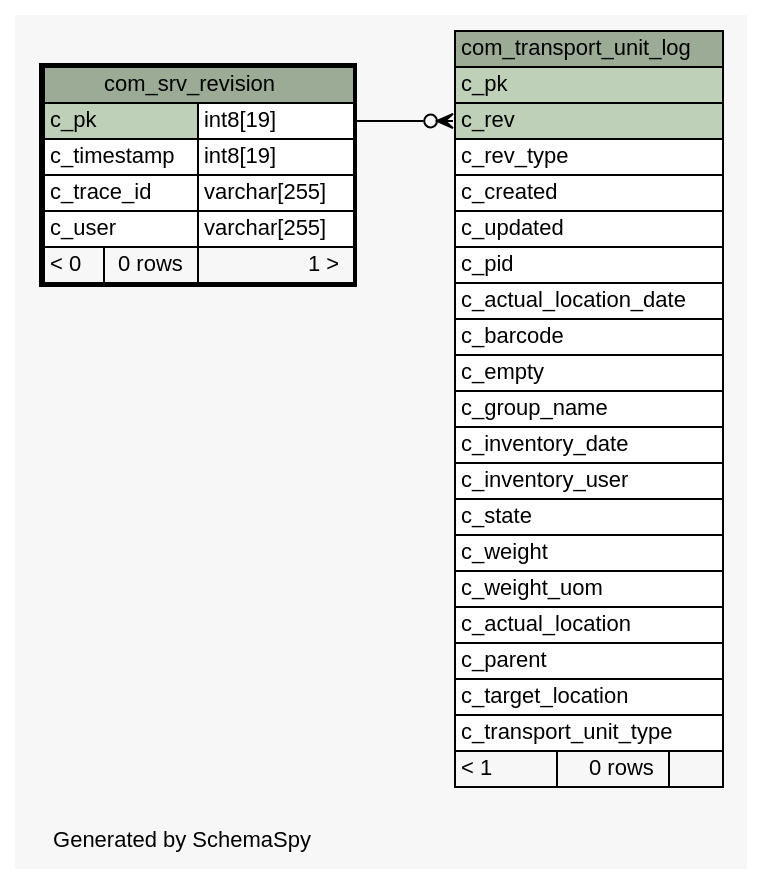
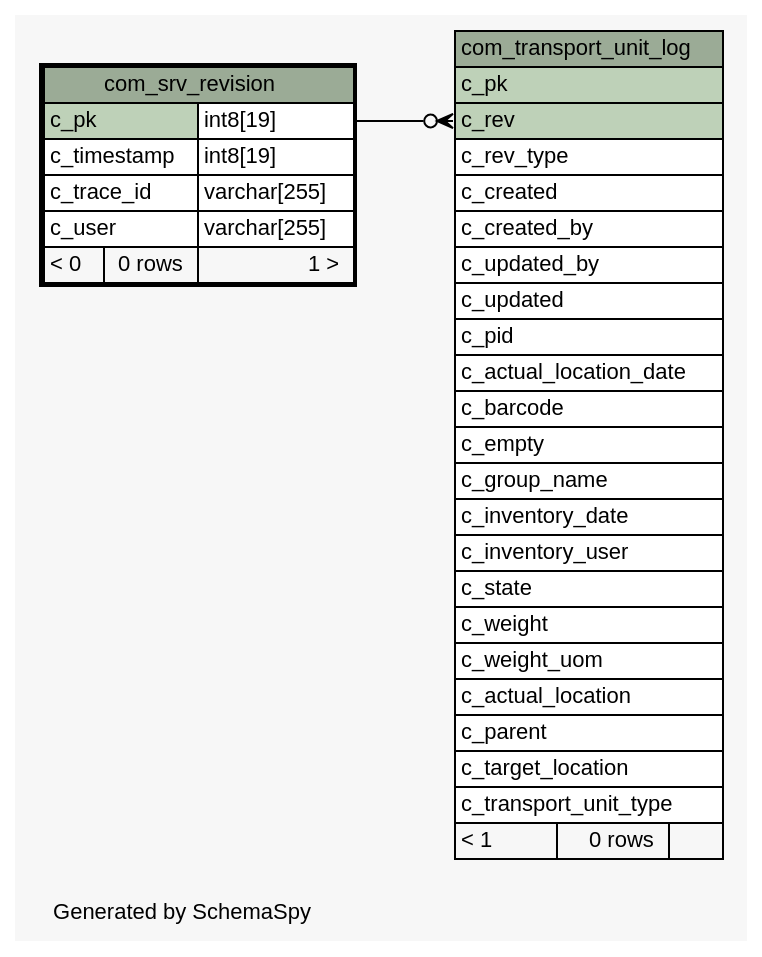
One commit to openwms/org.openwms.common.service.lib changed the diagram in 2.0.0-SNAPSHOT/schemaspy/diagrams/com_srv_revision.1degree.dot. Above: the diagram before and after it, drawn with Graphviz. The commit also changed 531 other files, not shown here.

```diff
--- a/2.0.0-SNAPSHOT/schemaspy/diagrams/com_srv_revision.1degree.dot
+++ b/2.0.0-SNAPSHOT/schemaspy/diagrams/com_srv_revision.1degree.dot
@@ -1,64 +1,66 @@
-// dot 2.43.0 on Linux 5.13.0-1022-azure
+// dot 2.43.0 on Linux 5.13.0-1023-azure
 // SchemaSpy rev Unknown
 digraph "oneDegreeRelationshipsDiagram" {
   graph [
     rankdir="RL"
     bgcolor="#f7f7f7"
     label="\nGenerated by SchemaSpy"
     labeljust="l"
     nodesep="0.18"
     ranksep="0.46"
     fontname="Helvetica"
     fontsize="11"
   ];
   node [
     fontname="Helvetica"
     fontsize="11"
     shape="plaintext"
   ];
   edge [
     arrowsize="0.8"
   ];
   "com_transport_unit_log":"c_rev":w -> "com_srv_revision":"c_pk.type":e [arrowhead=none dir=back arrowtail=crowodot];
   "com_srv_revision" [
     label=<
     <TABLE BORDER="2" CELLBORDER="1" CELLSPACING="0" BGCOLOR="#ffffff">
       <TR><TD COLSPAN="3" BGCOLOR="#9bab96" ALIGN="CENTER">com_srv_revision</TD></TR>
       <TR><TD PORT="c_pk" COLSPAN="2" BGCOLOR="#bed1b8" ALIGN="LEFT">c_pk</TD><TD PORT="c_pk.type" ALIGN="LEFT">int8[19]</TD></TR>
       <TR><TD PORT="c_timestamp" COLSPAN="2" ALIGN="LEFT">c_timestamp</TD><TD PORT="c_timestamp.type" ALIGN="LEFT">int8[19]</TD></TR>
       <TR><TD PORT="c_trace_id" COLSPAN="2" ALIGN="LEFT">c_trace_id</TD><TD PORT="c_trace_id.type" ALIGN="LEFT">varchar[255]</TD></TR>
       <TR><TD PORT="c_user" COLSPAN="2" ALIGN="LEFT">c_user</TD><TD PORT="c_user.type" ALIGN="LEFT">varchar[255]</TD></TR>
       <TR><TD ALIGN="LEFT" BGCOLOR="#f7f7f7">&lt; 0</TD><TD ALIGN="RIGHT" BGCOLOR="#f7f7f7">0 rows</TD><TD ALIGN="RIGHT" BGCOLOR="#f7f7f7">1 &gt;</TD></TR>
     </TABLE>>
     URL="com_srv_revision.html"
     tooltip="com_srv_revision"
   ];
   "com_transport_unit_log" [
     label=<
     <TABLE BORDER="0" CELLBORDER="1" CELLSPACING="0" BGCOLOR="#ffffff">
       <TR><TD COLSPAN="3" BGCOLOR="#9bab96" ALIGN="CENTER">com_transport_unit_log</TD></TR>
       <TR><TD PORT="c_pk" COLSPAN="3" BGCOLOR="#bed1b8" ALIGN="LEFT">c_pk</TD></TR>
       <TR><TD PORT="c_rev" COLSPAN="3" BGCOLOR="#bed1b8" ALIGN="LEFT">c_rev</TD></TR>
       <TR><TD PORT="c_rev_type" COLSPAN="3" ALIGN="LEFT">c_rev_type</TD></TR>
       <TR><TD PORT="c_created" COLSPAN="3" ALIGN="LEFT">c_created</TD></TR>
+      <TR><TD PORT="c_created_by" COLSPAN="3" ALIGN="LEFT">c_created_by</TD></TR>
+      <TR><TD PORT="c_updated_by" COLSPAN="3" ALIGN="LEFT">c_updated_by</TD></TR>
       <TR><TD PORT="c_updated" COLSPAN="3" ALIGN="LEFT">c_updated</TD></TR>
       <TR><TD PORT="c_pid" COLSPAN="3" ALIGN="LEFT">c_pid</TD></TR>
       <TR><TD PORT="c_actual_location_date" COLSPAN="3" ALIGN="LEFT">c_actual_location_date</TD></TR>
       <TR><TD PORT="c_barcode" COLSPAN="3" ALIGN="LEFT">c_barcode</TD></TR>
       <TR><TD PORT="c_empty" COLSPAN="3" ALIGN="LEFT">c_empty</TD></TR>
       <TR><TD PORT="c_group_name" COLSPAN="3" ALIGN="LEFT">c_group_name</TD></TR>
       <TR><TD PORT="c_inventory_date" COLSPAN="3" ALIGN="LEFT">c_inventory_date</TD></TR>
       <TR><TD PORT="c_inventory_user" COLSPAN="3" ALIGN="LEFT">c_inventory_user</TD></TR>
       <TR><TD PORT="c_state" COLSPAN="3" ALIGN="LEFT">c_state</TD></TR>
       <TR><TD PORT="c_weight" COLSPAN="3" ALIGN="LEFT">c_weight</TD></TR>
       <TR><TD PORT="c_weight_uom" COLSPAN="3" ALIGN="LEFT">c_weight_uom</TD></TR>
       <TR><TD PORT="c_actual_location" COLSPAN="3" ALIGN="LEFT">c_actual_location</TD></TR>
       <TR><TD PORT="c_parent" COLSPAN="3" ALIGN="LEFT">c_parent</TD></TR>
       <TR><TD PORT="c_target_location" COLSPAN="3" ALIGN="LEFT">c_target_location</TD></TR>
       <TR><TD PORT="c_transport_unit_type" COLSPAN="3" ALIGN="LEFT">c_transport_unit_type</TD></TR>
       <TR><TD ALIGN="LEFT" BGCOLOR="#f7f7f7">&lt; 1</TD><TD ALIGN="RIGHT" BGCOLOR="#f7f7f7">0 rows</TD><TD ALIGN="RIGHT" BGCOLOR="#f7f7f7">  </TD></TR>
     </TABLE>>
     URL="com_transport_unit_log.html"
     tooltip="com_transport_unit_log"
   ];
 }
```
